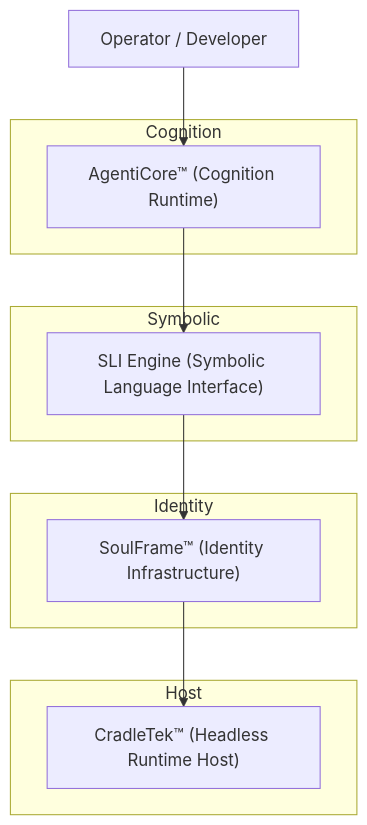
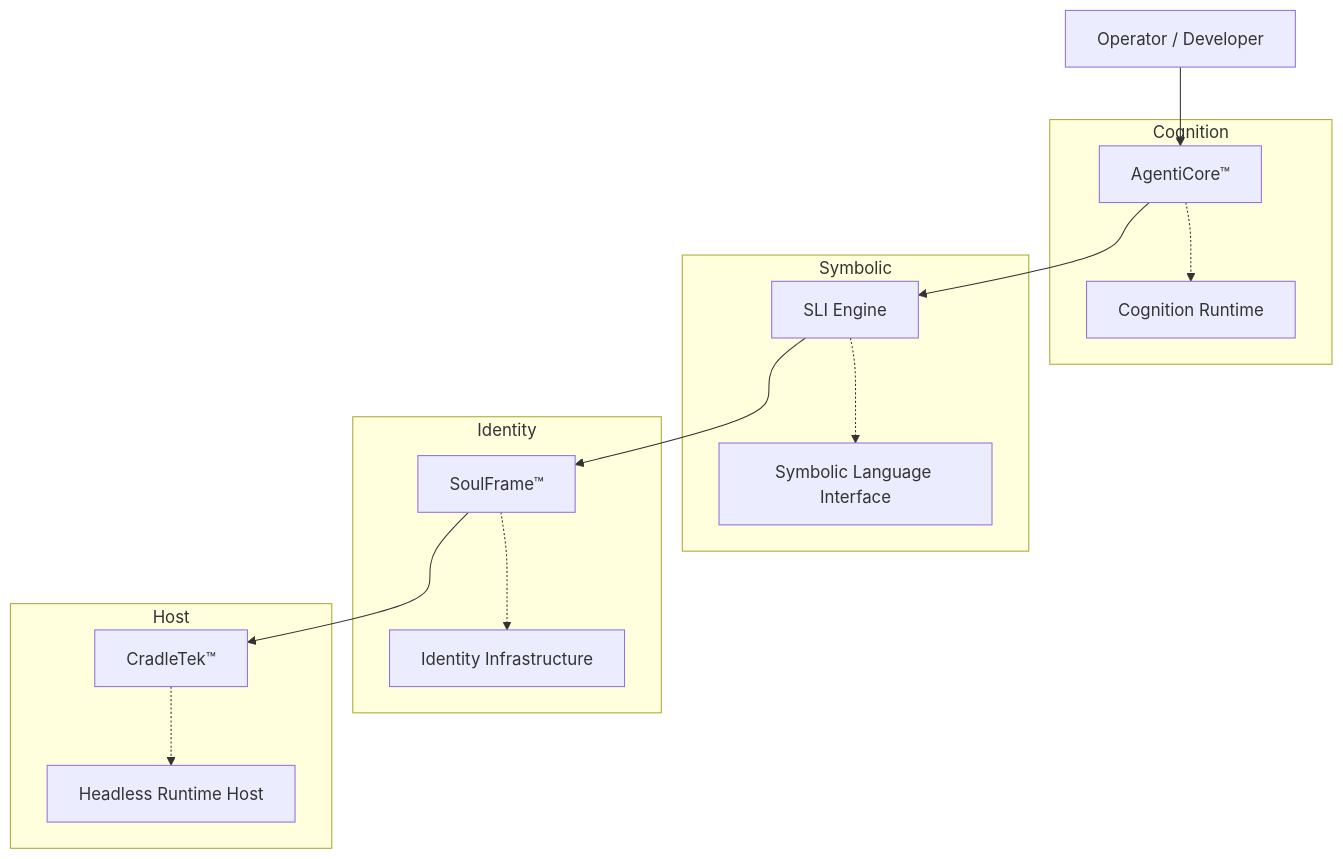
One commit to Lucid-Studios/.github changed the second of 2 diagrams in README.md. Above: the diagram before and after it, drawn with Mermaid.

Commit message:
Refactor flowchart labels in README.md
Trying different styles

````diff
--- a/README.md
+++ b/README.md
@@ -23,22 +23,30 @@
 ```mermaid
 flowchart TB
   OP["Operator / Developer"]
 
   subgraph "Cognition"
-    AC["AgentiCore™ (Cognition Runtime)"]
+    AC["AgentiCore™"]
+    ACd["Cognition Runtime"]
+    AC -.-> ACd
   end
 
   subgraph "Symbolic"
-    SLI["SLI Engine (Symbolic Language Interface)"]
+    SLI["SLI Engine"]
+    SLId["Symbolic Language Interface"]
+    SLI -.-> SLId
   end
 
   subgraph "Identity"
-    SF["SoulFrame™ (Identity Infrastructure)"]
+    SF["SoulFrame™"]
+    SFd["Identity Infrastructure"]
+    SF -.-> SFd
   end
 
   subgraph "Host"
-    CT["CradleTek™ (Headless Runtime Host)"]
+    CT["CradleTek™"]
+    CTd["Headless Runtime Host"]
+    CT -.-> CTd
   end
 
   OP --> AC --> SLI --> SF --> CT
 ```
````
